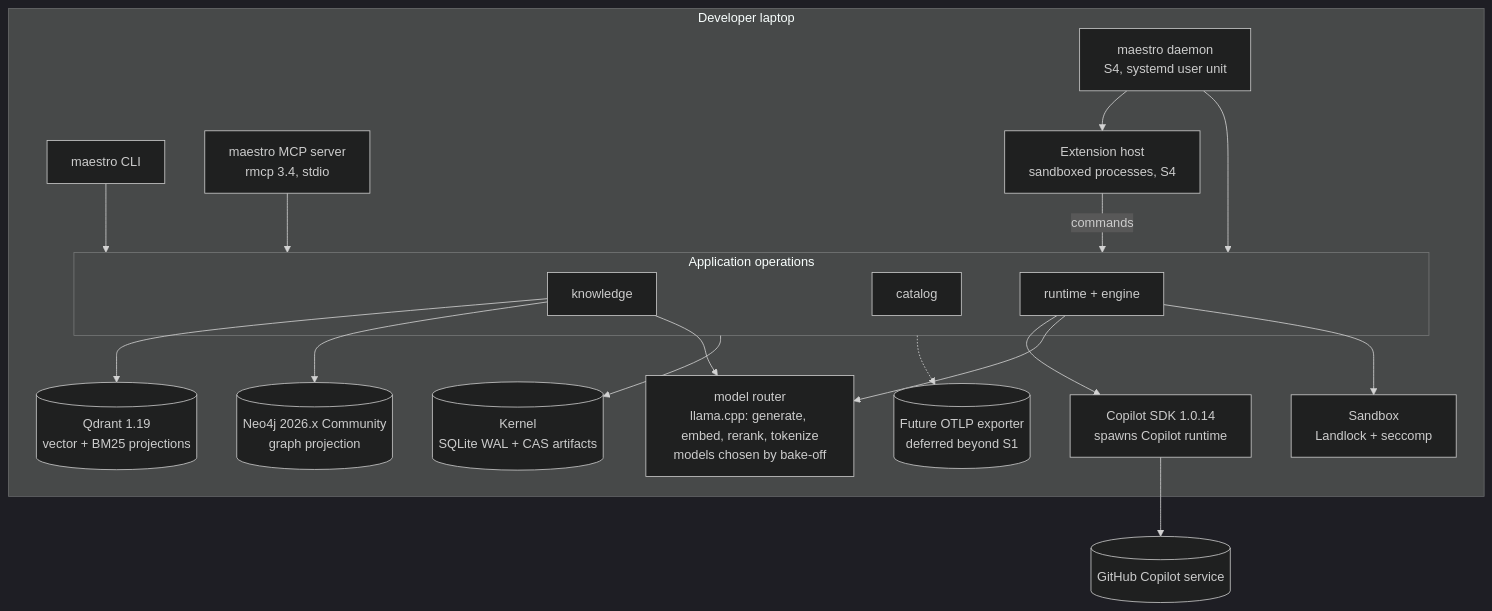
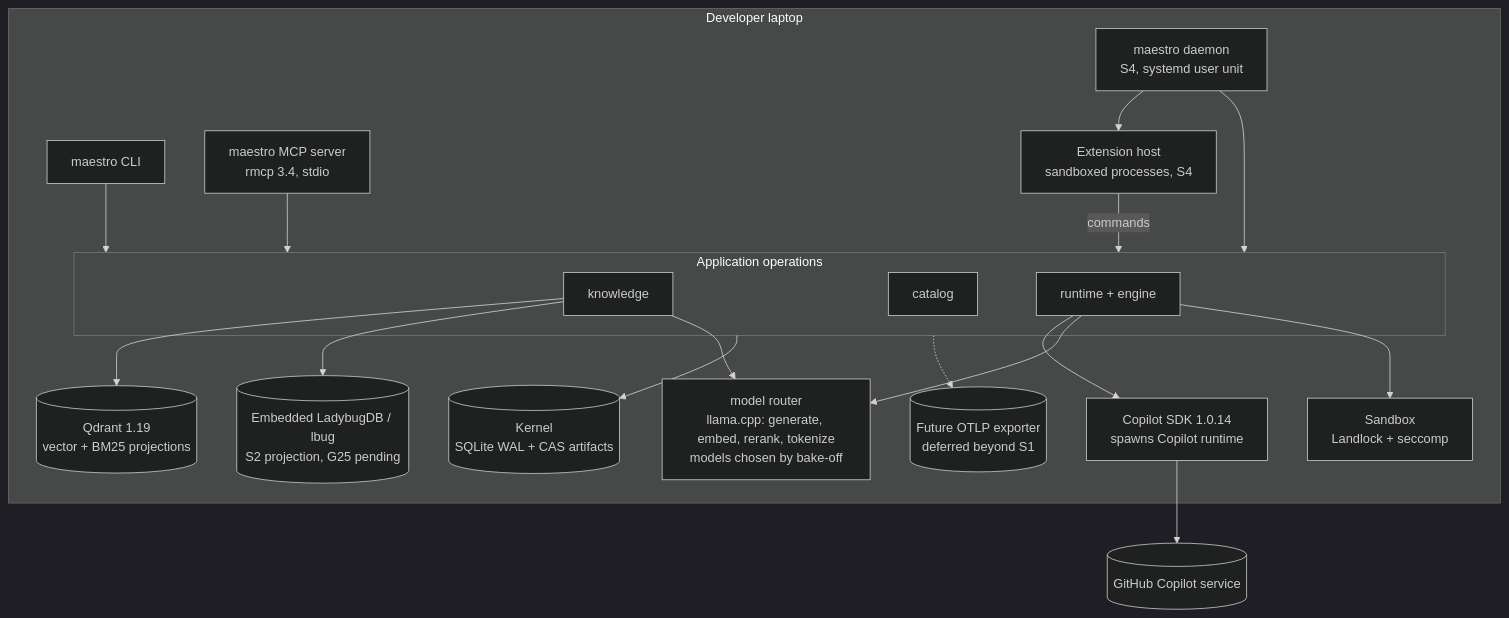
One commit to Orchestration-Maestro/maestro-core changed the second of 2 diagrams in docs/architecture/README.md. Above: the diagram before and after it, drawn with Mermaid (dark theme). The commit also changed other lines of this file and 18 other files, not shown here.

First line of the commit message:
docs(s2): freeze the graph pilot and reconcile the design

````diff
--- a/docs/architecture/README.md
+++ b/docs/architecture/README.md
@@ -86,24 +86,24 @@
 ```mermaid
 flowchart TB
   subgraph laptop[Developer laptop]
     cli[maestro CLI] --> app
     mcp[maestro MCP server<br/>rmcp 3.4, stdio] --> app
     daemon[maestro daemon<br/>S4, systemd user unit] --> app
     daemon --> exthost[Extension host<br/>sandboxed processes, S4]
     exthost -->|commands| app
     subgraph app[Application operations]
       knowledge[knowledge]
       catalog[catalog]
       runtime[runtime + engine]
     end
     app --> kernel[(Kernel<br/>SQLite WAL + CAS artifacts)]
     knowledge --> qdrant[(Qdrant 1.19<br/>vector + BM25 projections)]
-    knowledge --> neo4j[(Neo4j 2026.x Community<br/>graph projection)]
+    knowledge --> graph_projection[(Embedded LadybugDB / lbug<br/>S2 projection, G25 pending)]
     runtime --> sdk[Copilot SDK 1.0.14<br/>spawns Copilot runtime]
     knowledge --> router[model router<br/>llama.cpp: generate, embed, rerank, tokenize<br/>models chosen by bake-off]
     runtime --> router
     runtime --> sandbox[Sandbox<br/>Landlock + seccomp]
     app -.-> collector[(Future OTLP exporter<br/>deferred beyond S1)]
   end
   sdk --> ghcopilot[(GitHub Copilot service)]
 ```
````
